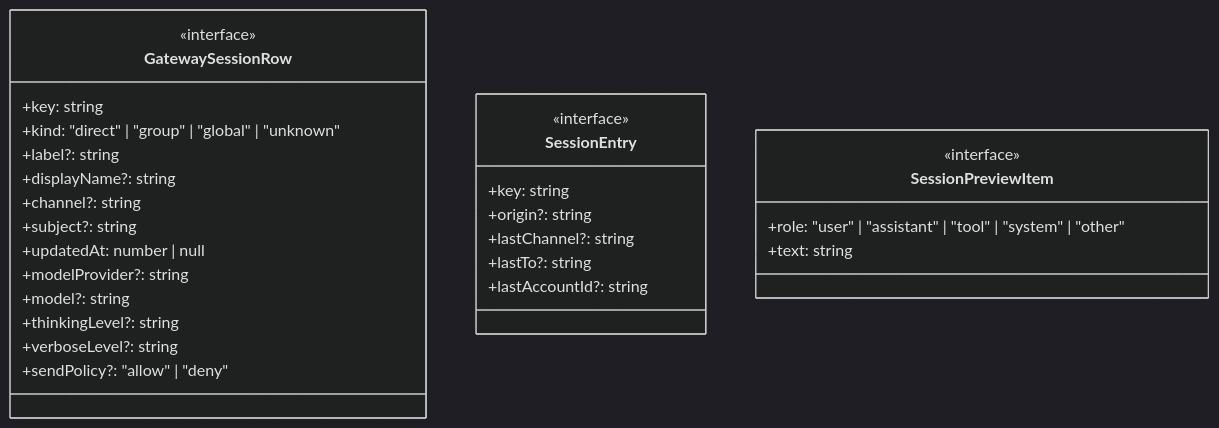
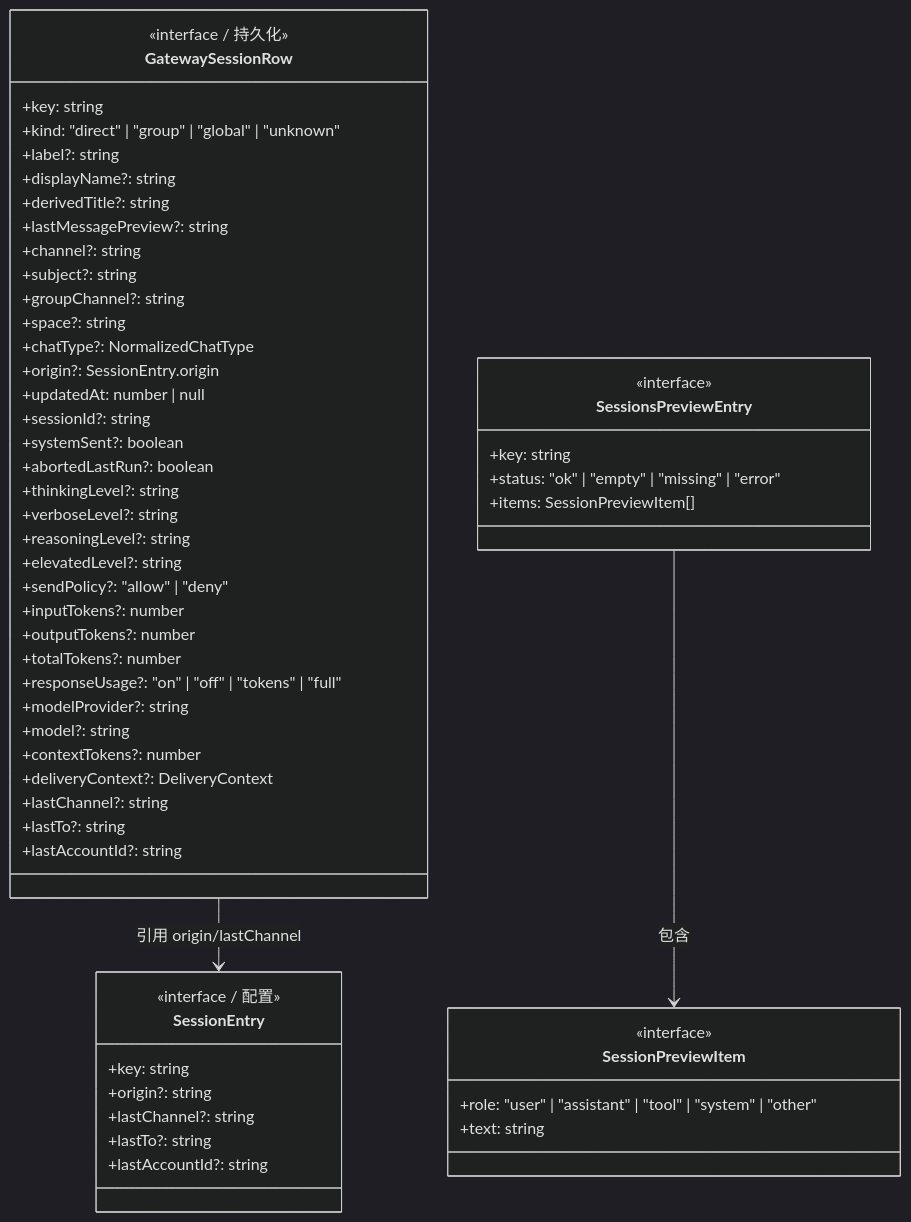
The third of 26 diagrams in openclaw/DATA_STRUCTURES.md (caicongyang/bloger), drawn with Mermaid (dark theme) before and after one commit. The commit also changed other lines of this file and 13 other files, not shown here.

````diff
--- a/openclaw/DATA_STRUCTURES.md
+++ b/openclaw/DATA_STRUCTURES.md
@@ -104,33 +138,63 @@
 ```mermaid
 classDiagram
     class GatewaySessionRow {
-        <<interface>>
+        <<interface / 持久化>>
         +key: string
         +kind: "direct" | "group" | "global" | "unknown"
         +label?: string
         +displayName?: string
+        +derivedTitle?: string
+        +lastMessagePreview?: string
         +channel?: string
         +subject?: string
+        +groupChannel?: string
+        +space?: string
+        +chatType?: NormalizedChatType
+        +origin?: SessionEntry.origin
         +updatedAt: number | null
+        +sessionId?: string
+        +systemSent?: boolean
+        +abortedLastRun?: boolean
+        +thinkingLevel?: string
+        +verboseLevel?: string
+        +reasoningLevel?: string
+        +elevatedLevel?: string
+        +sendPolicy?: "allow" | "deny"
+        +inputTokens?: number
+        +outputTokens?: number
+        +totalTokens?: number
+        +responseUsage?: "on" | "off" | "tokens" | "full"
         +modelProvider?: string
         +model?: string
-        +thinkingLevel?: string
-        +verboseLevel?: string
-        +sendPolicy?: "allow" | "deny"
+        +contextTokens?: number
+        +deliveryContext?: DeliveryContext
+        +lastChannel?: string
+        +lastTo?: string
+        +lastAccountId?: string
     }
-    
+
     class SessionEntry {
-        <<interface>>
+        <<interface / 配置>>
         +key: string
         +origin?: string
         +lastChannel?: string
         +lastTo?: string
         +lastAccountId?: string
     }
-    
+
     class SessionPreviewItem {
         <<interface>>
         +role: "user" | "assistant" | "tool" | "system" | "other"
         +text: string
     }
+
+    class SessionsPreviewEntry {
+        <<interface>>
+        +key: string
+        +status: "ok" | "empty" | "missing" | "error"
+        +items: SessionPreviewItem[]
+    }
+
+    GatewaySessionRow --> SessionEntry : 引用 origin/lastChannel
+    SessionsPreviewEntry --> SessionPreviewItem : 包含
 ```
````
